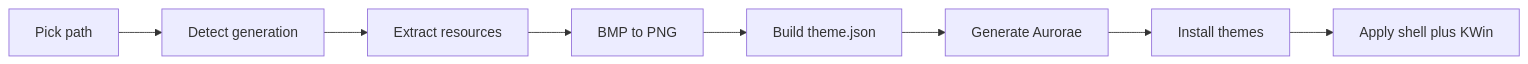
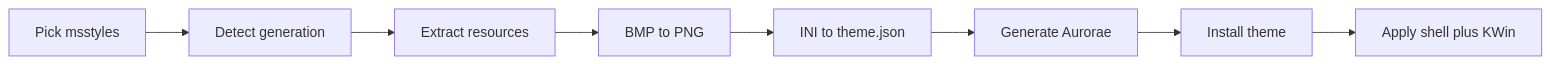
The second of 2 diagrams in .cursor/plans/xp_shell_gap_analysis.plan.md (freitagdavid/QuickXP), drawn with Mermaid before and after one commit. The commit also changed other lines of this file and 7 other files, not shown here.

Commit message:
Update XP shell gap analysis and roadmap with new epics for hotkeys and run dialog. Refine taskbar settings UI and enhance theme management with additional spinbox assets in theme.json. Adjust taskbar height settings for improved user experience.

````diff
--- a/.cursor/plans/xp_shell_gap_analysis.plan.md
+++ b/.cursor/plans/xp_shell_gap_analysis.plan.md
@@ -160,12 +221,12 @@
 ```mermaid
 flowchart LR
-  pick[Pick path]
+  pick[Pick msstyles]
   detect[Detect generation]
   extract[Extract resources]
   convert[BMP to PNG]
-  map[Build theme.json]
+  project[INI to theme.json]
   deco[Generate Aurorae]
-  install[Install themes]
+  install[Install theme]
   apply[Apply shell plus KWin]
-  pick --> detect --> extract --> convert --> map --> deco --> install --> apply
+  pick --> detect --> extract --> convert --> project --> deco --> install --> apply
 ```
````
